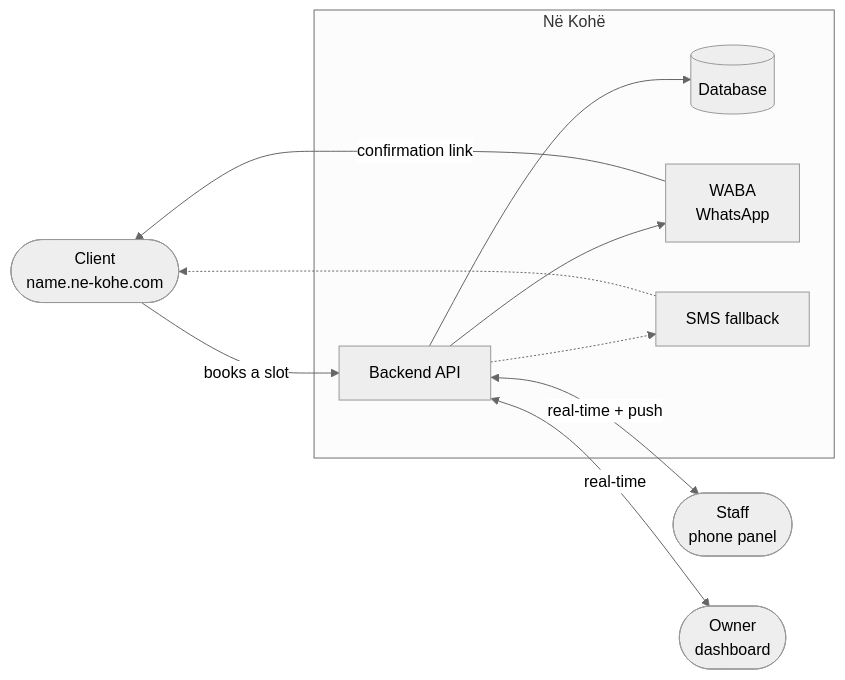
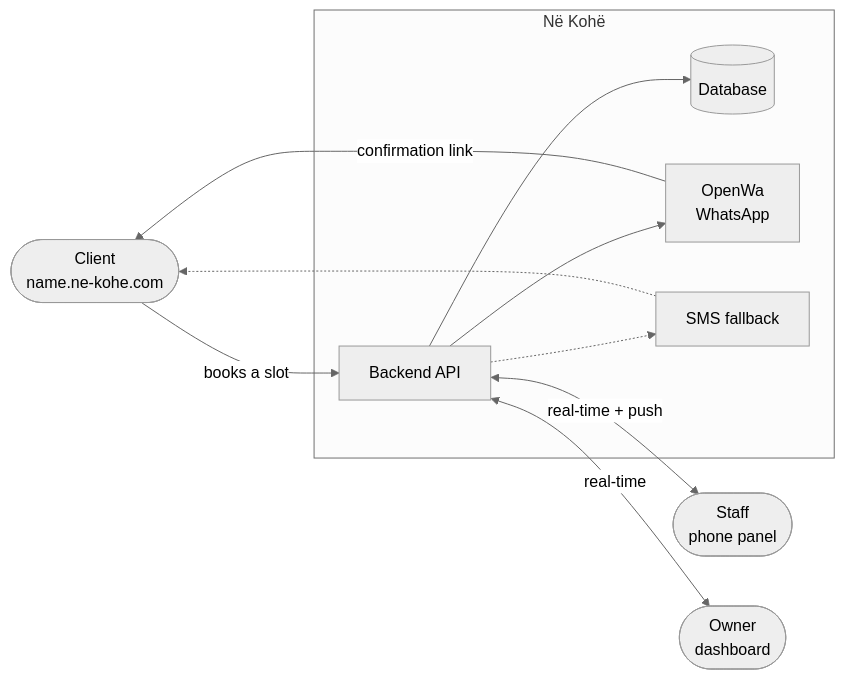
The diagram in README.md (eriontroni/eriontroni), drawn with Mermaid (neutral theme) before and after one commit. The commit also changed other lines of this file, not shown here.

````diff
--- a/README.md
+++ b/README.md
@@ -25,22 +27,22 @@
 ```mermaid
 flowchart LR
     C([Client<br/>name.ne-kohe.com])
     S([Staff<br/>phone panel])
     O([Owner<br/>dashboard])
 
     subgraph App["Në Kohë"]
         API[Backend API]
         DB[(Database)]
-        WA[WABA<br/>WhatsApp]
+        WA[OpenWa<br/>WhatsApp]
         SMS[SMS fallback]
     end
 
     C -->|books a slot| API
     API --> DB
     API --> WA
     API -.-> SMS
     WA -->|confirmation link| C
     SMS -.-> C
     API <-->|real-time + push| S
     API <-->|real-time| O
 ```
````
